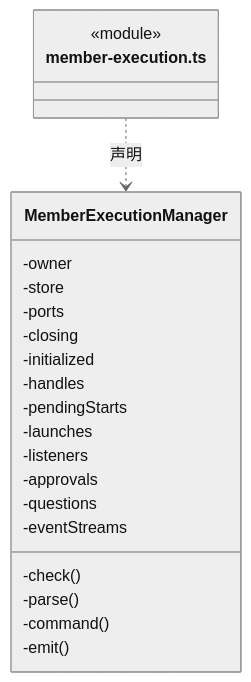
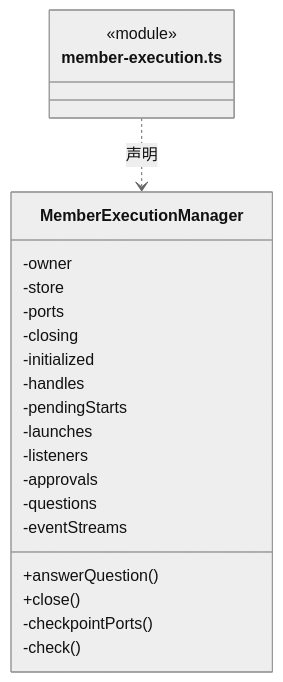
One commit to nan023062/cbim changed diagram 24 of 56 in src/backend/scheduler-engine/execution/ARCHITECTURE.md. Above: the diagram before and after it, drawn with Mermaid (neutral theme). The commit also changed other lines of this file and 85 other files, not shown here.

````diff
--- a/src/backend/scheduler-engine/execution/ARCHITECTURE.md
+++ b/src/backend/scheduler-engine/execution/ARCHITECTURE.md
@@ -644,25 +677,25 @@
 ```mermaid
 classDiagram
 class N_src_backend_scheduler_engine_execution_member_execution_ts["member-execution.ts"] {
   <<module>>
 }
 class N_src_backend_scheduler_engine_execution_member_execution_ts_MemberExecutionManager["MemberExecutionManager"] {
+  +answerQuestion()
+  +close()
   -owner
   -store
   -ports
   -closing
   -initialized
   -handles
   -pendingStarts
   -launches
   -listeners
   -approvals
   -questions
   -eventStreams
+  -checkpointPorts()
   -check()
-  -parse()
-  -command()
-  -emit()
 }
 N_src_backend_scheduler_engine_execution_member_execution_ts ..> N_src_backend_scheduler_engine_execution_member_execution_ts_MemberExecutionManager : 声明
 ```
````
